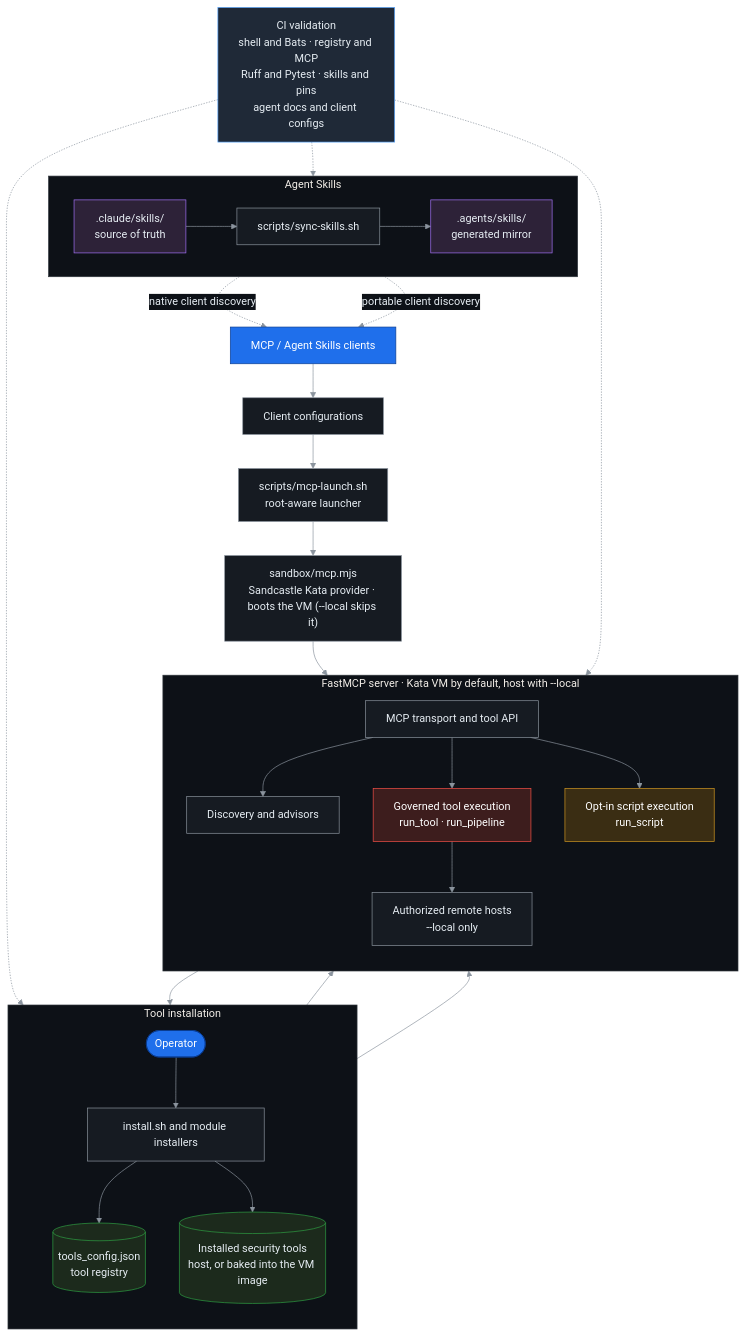
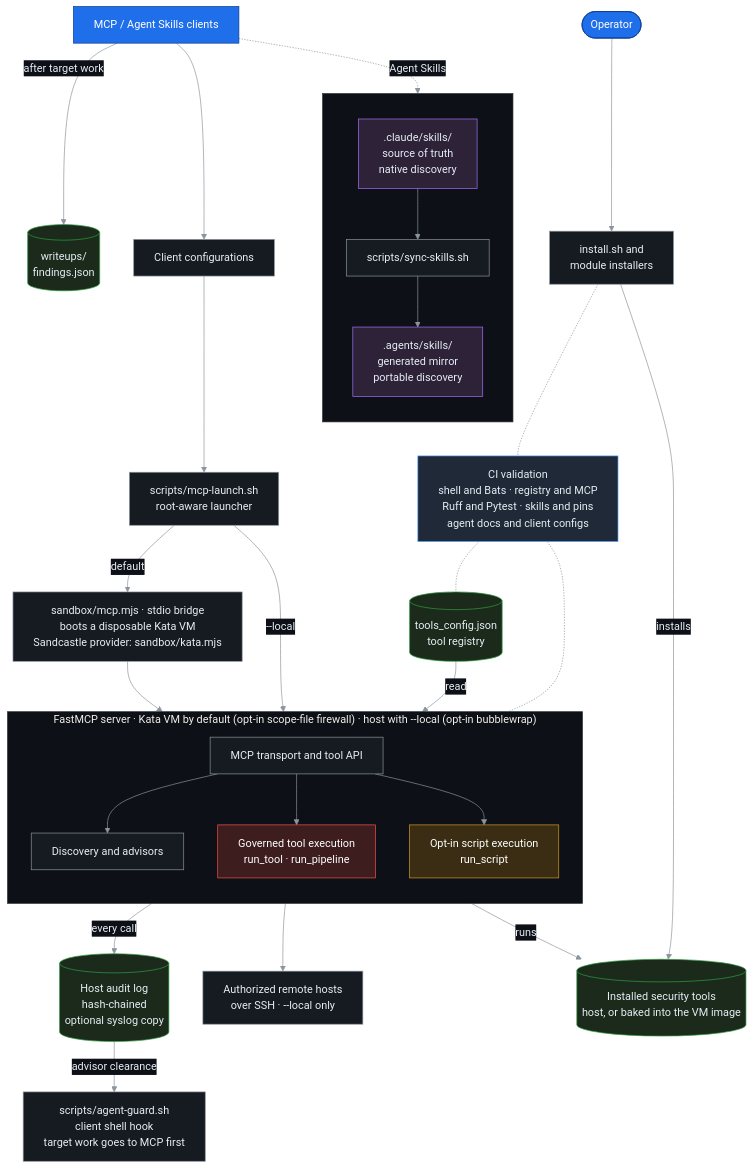
One commit to 26zl/cybersec-toolkit changed the diagram in assets/how-it-works.mmd. Above: the diagram before and after it, drawn with Mermaid. The commit also changed 893 other files, not shown here.

First line of the commit message:
Harden installer and MCP sandbox; curate tools, skills and CI (#144)

```diff
--- a/assets/how-it-works.mmd
+++ b/assets/how-it-works.mmd
@@ -1,66 +1,68 @@
-%%{init: {"theme": "base", "themeVariables": {"background": "#0d1117", "primaryColor": "#161b22", "primaryTextColor": "#e6edf3", "primaryBorderColor": "#8b949e", "lineColor": "#8b949e", "secondaryColor": "#161b22", "tertiaryColor": "#0d1117", "clusterBkg": "#0d1117", "clusterBorder": "#30363d", "edgeLabelBackground": "#0d1117", "fontFamily": "Inter, ui-sans-serif, system-ui, sans-serif"}}}%%
+%%{init: {"theme": "base", "themeVariables": {"background": "#0d1117", "primaryColor": "#161b22", "primaryTextColor": "#e6edf3", "primaryBorderColor": "#8b949e", "lineColor": "#8b949e", "secondaryColor": "#161b22", "tertiaryColor": "#0d1117", "clusterBkg": "#0d1117", "clusterBorder": "#30363d", "edgeLabelBackground": "#0d1117", "fontFamily": "Inter, Noto Sans, Liberation Sans, Helvetica, Arial"}, "flowchart": {"wrappingWidth": 460}}}%%
 flowchart TB
+    %% Mermaid blanks a theme variable that contains a hyphen, so the font list uses hyphen-free family names.
+    %% Edges attach to the MCP subgraph, not to its nodes: Mermaid then lays the server box out as one unit.
     clients["MCP / Agent Skills clients"]:::actor
+    operator(["Operator"]):::actor
+
+    subgraph SKILLS[" "]
+        direction TB
+        source[".claude/skills/<br/>source of truth<br/>native discovery"]:::skill
+        sync["scripts/sync-skills.sh"]:::core
+        mirror[".agents/skills/<br/>generated mirror<br/>portable discovery"]:::skill
+
+        source --> sync --> mirror
+    end
+
+    writeups[("writeups/<br/>findings.json")]:::data
     configs["Client configurations"]:::core
     launcher["scripts/mcp-launch.sh<br/>root-aware launcher"]:::core
-    sandbox["sandbox/mcp.mjs<br/>Sandcastle Kata provider · boots the VM (--local skips it)"]:::core
+    sandbox["sandbox/mcp.mjs · stdio bridge<br/>boots a disposable Kata VM<br/>Sandcastle provider: sandbox/kata.mjs"]:::core
 
+    clients -. "Agent Skills" .-> source
+    clients -->|"after target work"| writeups
     clients --> configs --> launcher
+    launcher -->|"default"| sandbox
+    sandbox --> MCP
+    launcher -->|"--local"| MCP
 
-    subgraph MCP["FastMCP server · Kata VM by default, host with --local"]
+    subgraph MCP["FastMCP server · Kata VM by default (opt-in scope-file firewall) · host with --local (opt-in bubblewrap)"]
         direction TB
         gateway["MCP transport and tool API"]:::core
         advisors["Discovery and advisors"]:::core
         governed["Governed tool execution<br/>run_tool · run_pipeline"]:::security
         scripts["Opt-in script execution<br/>run_script"]:::optin
-        remote["Authorized remote hosts<br/>--local only"]:::core
 
         gateway --> advisors
         gateway --> governed
         gateway --> scripts
-        governed --> remote
     end
 
-    launcher --> sandbox
-    sandbox --> gateway
+    installer["install.sh and<br/>module installers"]:::core
+    ci["CI validation<br/>shell and Bats · registry and MCP<br/>Ruff and Pytest · skills and pins<br/>agent docs and client configs"]:::ci
+    registry[("tools_config.json<br/>tool registry")]:::data
 
-    subgraph INSTALLER["Tool installation"]
-        direction TB
-        operator(["Operator"]):::actor
-        installer["install.sh and module installers"]:::core
-        registry[("tools_config.json<br/>tool registry")]:::data
-        installed[("Installed security tools<br/>host, or baked into the VM image")]:::data
+    operator --> installer
+    installer -.- ci
+    ci -.- MCP
+    ci -.- registry
+    registry -->|"read"| MCP
 
-        operator --> installer
-        installer --> registry
-        installer --> installed
-    end
+    audit[("Host audit log<br/>hash-chained<br/>optional syslog copy")]:::data
+    guard["scripts/agent-guard.sh<br/>client shell hook<br/>target work goes to MCP first"]:::core
+    remote["Authorized remote hosts<br/>over SSH · --local only"]:::core
+    installed[("Installed security tools<br/>host, or baked into the VM image")]:::data
 
-    registry --> advisors
-    registry --> governed
-    governed --> installed
-
-    subgraph SKILLS["Agent Skills"]
-        direction LR
-        source[".claude/skills/<br/>source of truth"]:::skill
-        sync["scripts/sync-skills.sh"]:::core
-        mirror[".agents/skills/<br/>generated mirror"]:::skill
-
-        source --> sync --> mirror
-    end
-
-    source -. "native client discovery" .-> clients
-    mirror -. "portable client discovery" .-> clients
-
-    ci["CI validation<br/>shell and Bats · registry and MCP<br/>Ruff and Pytest · skills and pins<br/>agent docs and client configs"]:::ci
-    ci -.-> registry
-    ci -.-> gateway
-    ci -.-> source
+    MCP -->|"every call"| audit
+    audit -->|"advisor clearance"| guard
+    MCP --> remote
+    MCP -->|"runs"| installed
+    installer -->|"installs"| installed
 
     classDef actor fill:#1f6feb,stroke:#0b3d91,color:#ffffff;
     classDef core fill:#161b22,stroke:#8b949e,color:#e6edf3;
     classDef data fill:#1c2a1c,stroke:#2ea043,color:#e6edf3;
     classDef security fill:#3d1d1d,stroke:#f85149,color:#ffffff;
     classDef optin fill:#3a2d13,stroke:#d29922,color:#ffffff;
     classDef skill fill:#2d2238,stroke:#a371f7,color:#e6edf3;
     classDef ci fill:#1f2937,stroke:#58a6ff,color:#e6edf3;
```
